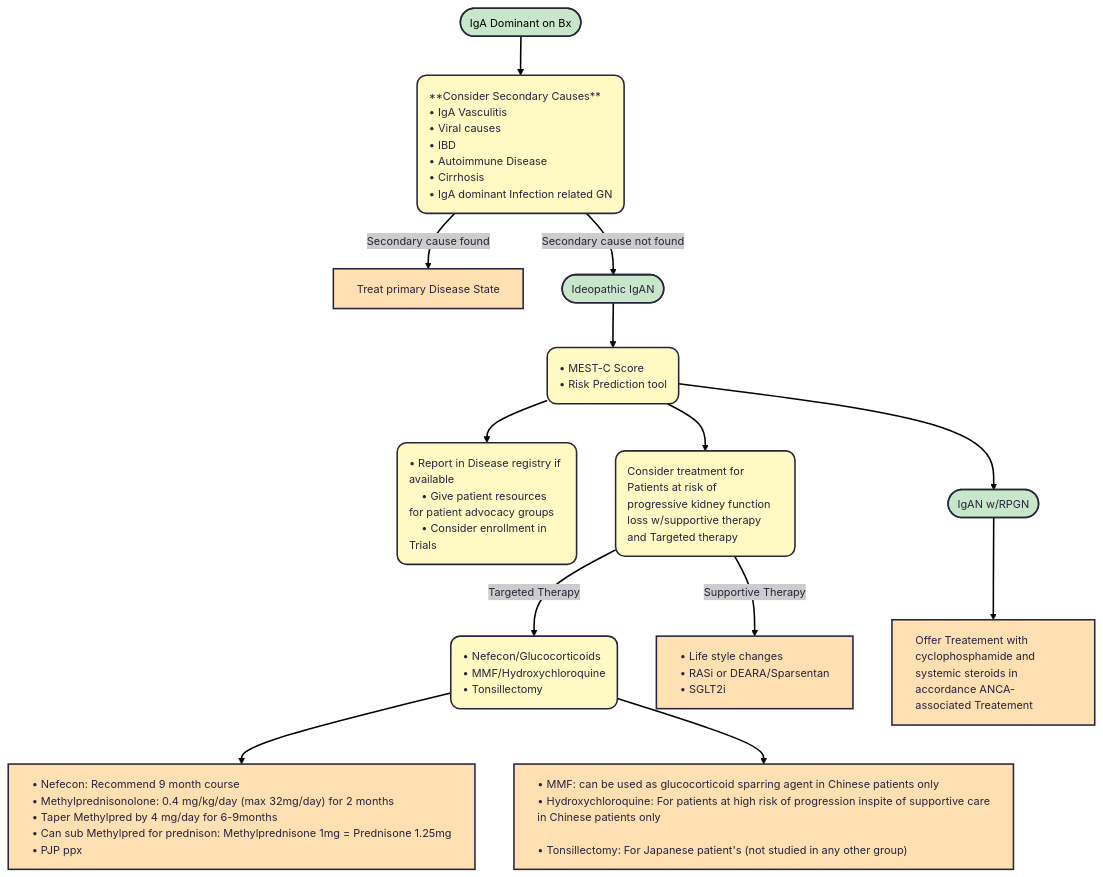
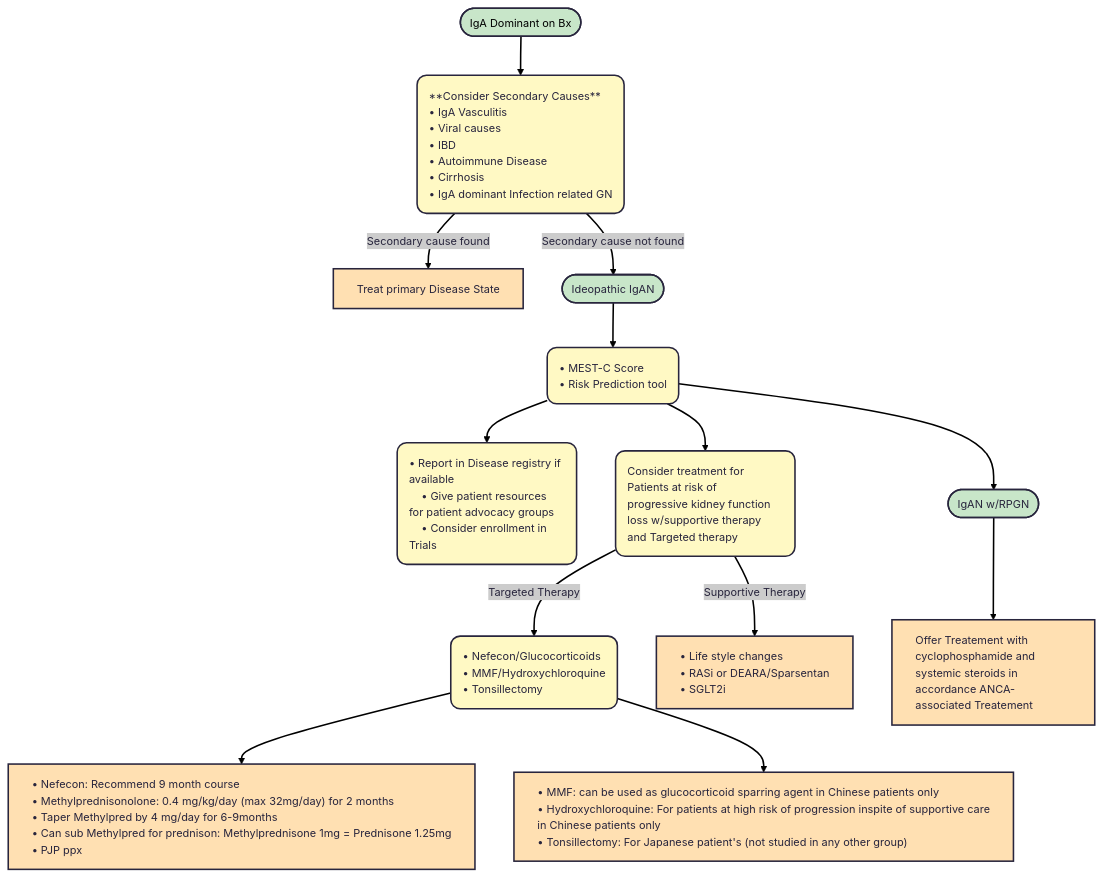
One commit to TTUNEPH2025/GN changed the diagram in docs/IGAN.md. Above: the diagram before and after it, drawn with Mermaid.

````diff
--- a/docs/IGAN.md
+++ b/docs/IGAN.md
@@ -71,55 +71,54 @@
 ```mermaid
 ---
 config:
   theme: redux
 ---
 flowchart TD
     A(["IgA Dominant on Bx"]) --> n1["**Consider Secondary Causes**
     • IgA Vasculitis
     • Viral causes
     • IBD
     • Autoimmune Disease
     • Cirrhosis 
     • IgA dominant Infection related GN"]
     n1 -- Secondary cause found --> n2["Treat primary Disease State"]
     n1 -- Secondary cause not found --> n3(["Ideopathic IgAN"])
     n3 --> n4["• MEST-C Score
     • Risk Prediction tool"]
     n4 --> n5["• Report in Disease registry if available
     • Give patient resources for patient advocacy groups
     • Consider enrollment in Trials"] & n6["Consider treatment for Patients at risk of progressive kidney function loss w/supportive therapy and Targeted therapy"] & n9(["IgAN w/RPGN"])
     n6 -- Targeted Therapy --> n7["• Nefecon/Glucocorticoids
     • MMF/Hydroxychloroquine
     • Tonsillectomy"]
     n6 -- Supportive Therapy --> n8["• Life style changes
     • RASi or DEARA/Sparsentan
     • SGLT2i"]
     n9 --> n10["Offer Treatement with cyclophosphamide and systemic steroids in accordance ANCA-associated Treatement"]
     n7 --> n11["• Nefecon: Recommend 9 month course
     • Methylprednisonolone: 0.4 mg/kg/day (max 32mg/day) for 2 months
  • Taper Methylpred by 4 mg/day for 6-9months
 • Can sub Methylpred for prednison: Methylprednisone 1mg = Prednisone 1.25mg
 • PJP ppx"] & n12@{ label: "• MMF: can be used as glucocorticoid sparring agent in Chinese patients only\n    • Hydroxychloroquine: For patients at high risk of progression inspite of supportive care
-in Chinese patients only\n
-   • Tonsillectomy: For Japanese patient's (not studied in any other group)" }
+in Chinese patients only\n   • Tonsillectomy: For Japanese patient's (not studied in any other group)" }
     n1@{ shape: rounded}
     n4@{ shape: rounded}
     n5@{ shape: rounded}
     n6@{ shape: rounded}
     n7@{ shape: rounded}
     n8@{ shape: rect}
     n12@{ shape: rect}
     style A fill:#C8E6C9,color:#000000
     style n1 fill:#FFF9C4,text-align:left,white-space:nowrap
     style n2 fill:#FFE0B2,text-align:left
     style n3 fill:#C8E6C9,text-align:left
     style n4 fill:#FFF9C4,text-align:left
     style n5 fill:#FFF9C4,text-align:left
     style n6 fill:#FFF9C4,text-align:left
     style n9 fill:#C8E6C9,text-align:left
     style n7 fill:#FFF9C4,text-align:left,white-space:nowrap
     style n8 fill:#FFE0B2,text-align:left,white-space:nowrap
     style n10 fill:#FFE0B2,text-align:left
     style n11 fill:#FFE0B2,text-align:left,white-space:nowrap
     style n12 fill:#FFE0B2,text-align:left,white-space:nowrap
 ```
````
